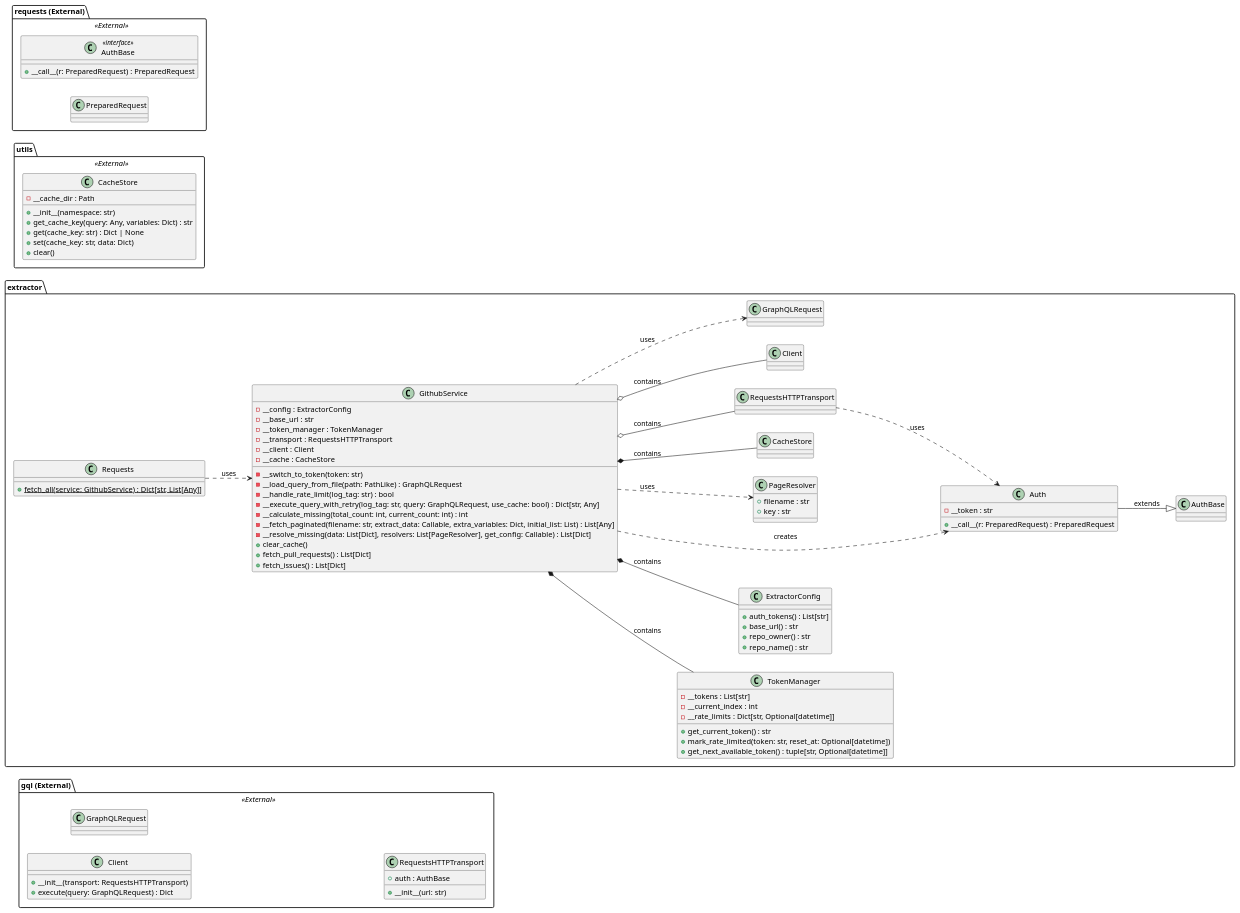
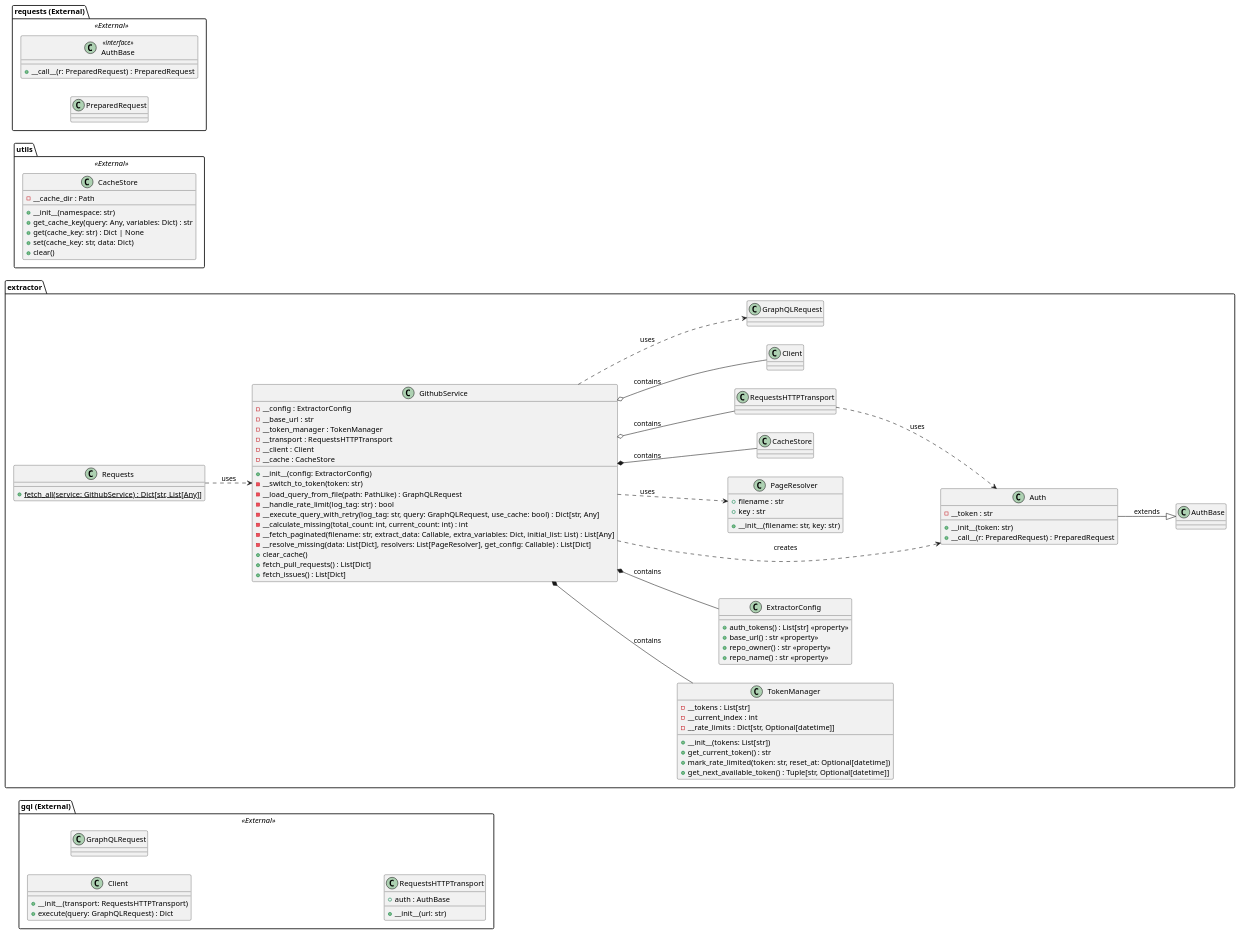
The diagram in docs/class/extractor.puml (BGLuis/Trabalho-pratico-grafos), drawn with PlantUML before and after one commit. The commit also changed 8 other files, not shown here.

```diff
--- a/docs/class/extractor.puml
+++ b/docs/class/extractor.puml
@@ -1,103 +1,107 @@
 @startuml extractor_class_diagram
 
 left to right direction
 
 package extractor {
     class TokenManager {
         - __tokens : List[str]
         - __current_index : int
         - __rate_limits : Dict[str, Optional[datetime]]
+        + __init__(tokens: List[str])
         + get_current_token() : str
         + mark_rate_limited(token: str, reset_at: Optional[datetime])
-        + get_next_available_token() : tuple[str, Optional[datetime]]
+        + get_next_available_token() : Tuple[str, Optional[datetime]]
     }
 
     class ExtractorConfig {
-        + auth_tokens() : List[str]
-        + base_url() : str
-        + repo_owner() : str
-        + repo_name() : str
+        + auth_tokens() : List[str] <<property>>
+        + base_url() : str <<property>>
+        + repo_owner() : str <<property>>
+        + repo_name() : str <<property>>
     }
 
     class Auth {
         - __token : str
+        + __init__(token: str)
         + __call__(r: PreparedRequest) : PreparedRequest
     }
 
     class PageResolver {
         + filename : str
         + key : str
+        + __init__(filename: str, key: str)
     }
 
     class GithubService {
         - __config : ExtractorConfig
         - __base_url : str
         - __token_manager : TokenManager
         - __transport : RequestsHTTPTransport
         - __client : Client
         - __cache : CacheStore
+        + __init__(config: ExtractorConfig)
         - __switch_to_token(token: str)
         - __load_query_from_file(path: PathLike) : GraphQLRequest
         - __handle_rate_limit(log_tag: str) : bool
         - __execute_query_with_retry(log_tag: str, query: GraphQLRequest, use_cache: bool) : Dict[str, Any]
         - __calculate_missing(total_count: int, current_count: int) : int
         - __fetch_paginated(filename: str, extract_data: Callable, extra_variables: Dict, initial_list: List) : List[Any]
         - __resolve_missing(data: List[Dict], resolvers: List[PageResolver], get_config: Callable) : List[Dict]
         + clear_cache()
         + fetch_pull_requests() : List[Dict]
         + fetch_issues() : List[Dict]
     }
 
     class Requests {
         + {static} fetch_all(service: GithubService) : Dict[str, List[Any]]
     }
 
     GithubService *-- TokenManager : contains
     GithubService *-- ExtractorConfig : contains
     GithubService *-- CacheStore : contains
     GithubService o-- RequestsHTTPTransport : contains
     GithubService o-- Client : contains
     GithubService ..> Auth : creates
     GithubService ..> PageResolver : uses
     GithubService ..> GraphQLRequest : uses
     Requests ..> GithubService : uses
     Auth --|> AuthBase : extends
     RequestsHTTPTransport ..> Auth : uses
 }
 
 package utils <<External>> {
     class CacheStore {
         - __cache_dir : Path
         + __init__(namespace: str)
         + get_cache_key(query: Any, variables: Dict) : str
         + get(cache_key: str) : Dict | None
         + set(cache_key: str, data: Dict)
         + clear()
     }
 }
 
 package "gql (External)" <<External>> {
     class Client {
         + __init__(transport: RequestsHTTPTransport)
         + execute(query: GraphQLRequest) : Dict
     }
 
     class GraphQLRequest {
     }
 
     class RequestsHTTPTransport {
         + auth : AuthBase
         + __init__(url: str)
     }
 }
 
 package "requests (External)" <<External>> {
     class AuthBase <<interface>> {
         + __call__(r: PreparedRequest) : PreparedRequest
     }
 
     class PreparedRequest {
     }
 }
 
 @enduml
```
